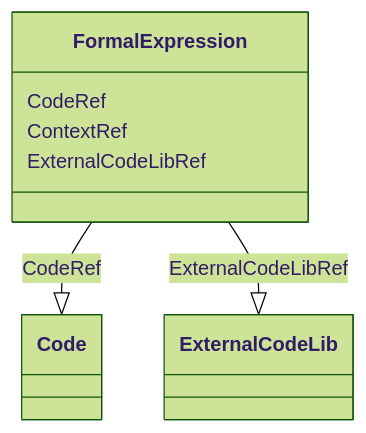
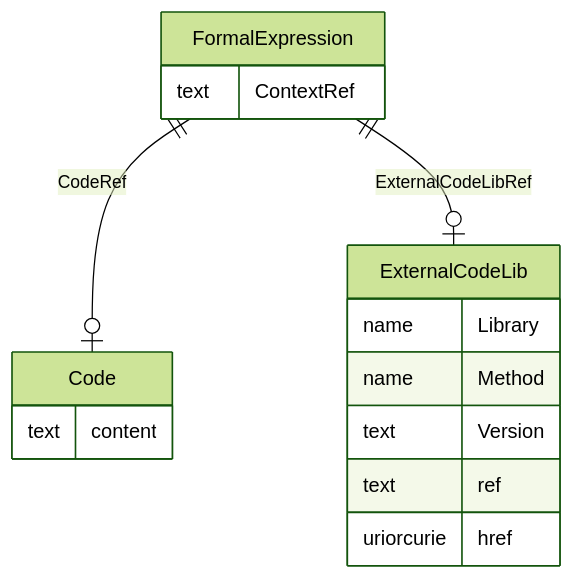
The diagram in docs/FormalExpression.md (cdisc-org/DataExchange-ODM-LinkML), drawn with Mermaid (forest theme) before and after one commit. The commit also changed other lines of this file and 181 other files, not shown here.

Commit message:
ER diagrams working via templates and removing names with underscores

````diff
--- a/docs/FormalExpression.md
+++ b/docs/FormalExpression.md
@@ -14,15 +11,20 @@
 ```mermaid
- classDiagram
-    class FormalExpression
-      FormalExpression : CodeRef
-        
-          FormalExpression --|> Code : CodeRef
-        
-      FormalExpression : ContextRef
-        
-      FormalExpression : ExternalCodeLibRef
-        
-          FormalExpression --|> ExternalCodeLib : ExternalCodeLibRef
-        
-      
+erDiagram
+FormalExpression {
+    text ContextRef  
+}
+ExternalCodeLib {
+    name Library  
+    name Method  
+    text Version  
+    text ref  
+    uriorcurie href  
+}
+Code {
+    text content  
+}
+
+FormalExpression ||--|o Code : "CodeRef"
+FormalExpression ||--|o ExternalCodeLib : "ExternalCodeLibRef"
+
 ```
````
